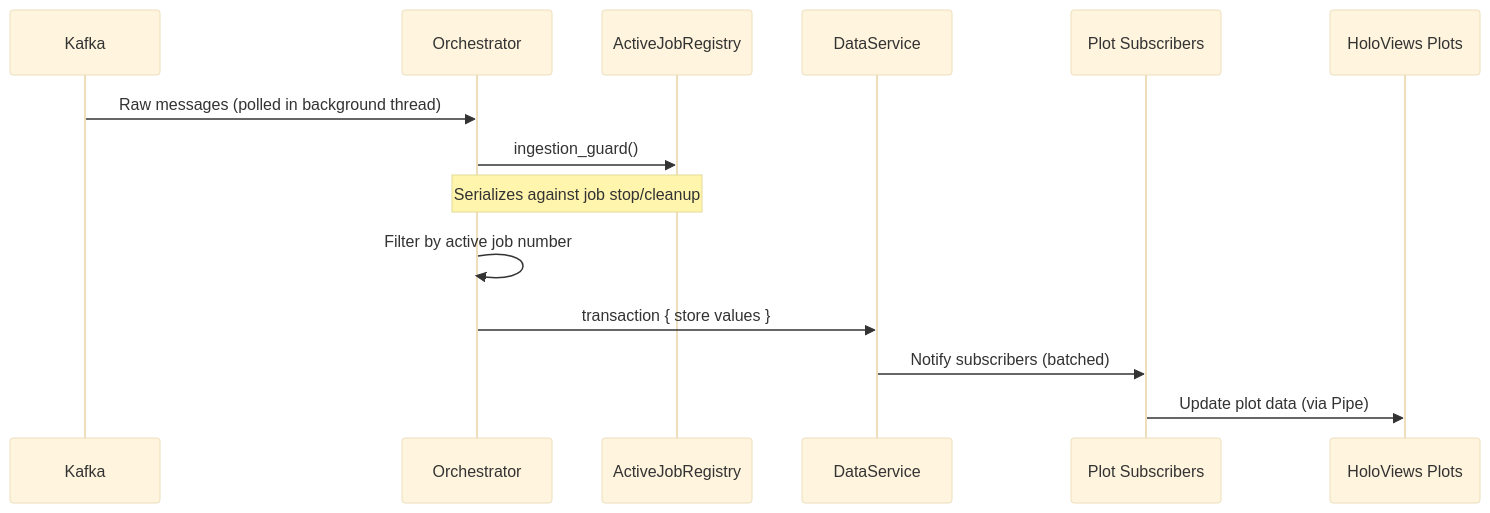
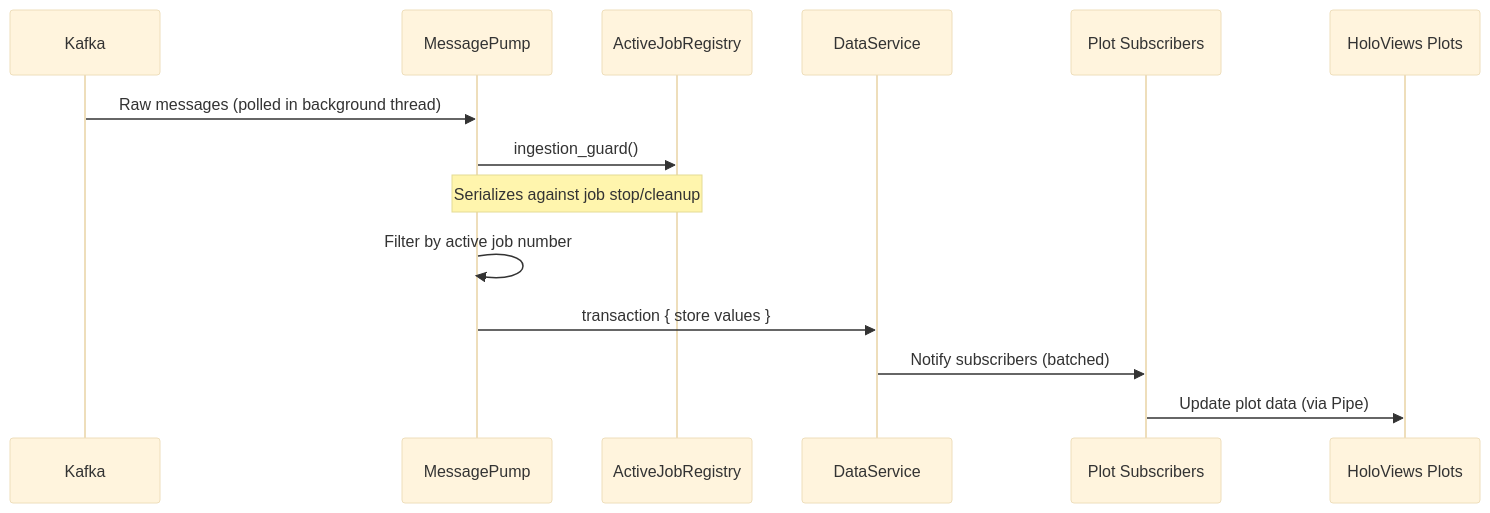
The fourth of 7 diagrams in docs/developer/design/dashboard-architecture.md (scipp/esslivedata), drawn with Mermaid (base theme) before and after one commit. The commit also changed other lines of this file and 23 other files, not shown here.

````diff
--- a/docs/developer/design/dashboard-architecture.md
+++ b/docs/developer/design/dashboard-architecture.md
@@ -130,17 +130,17 @@
 ```mermaid
 sequenceDiagram
     participant K as Kafka
-    participant O as Orchestrator
+    participant O as MessagePump
     participant AJR as ActiveJobRegistry
     participant DS as DataService
     participant Sub as Plot Subscribers
     participant UI as HoloViews Plots
 
     K->>O: Raw messages (polled in background thread)
     O->>AJR: ingestion_guard()
     Note over O,AJR: Serializes against job stop/cleanup
     O->>O: Filter by active job number
     O->>DS: transaction { store values }
     DS->>Sub: Notify subscribers (batched)
     Sub->>UI: Update plot data (via Pipe)
 ```
````
